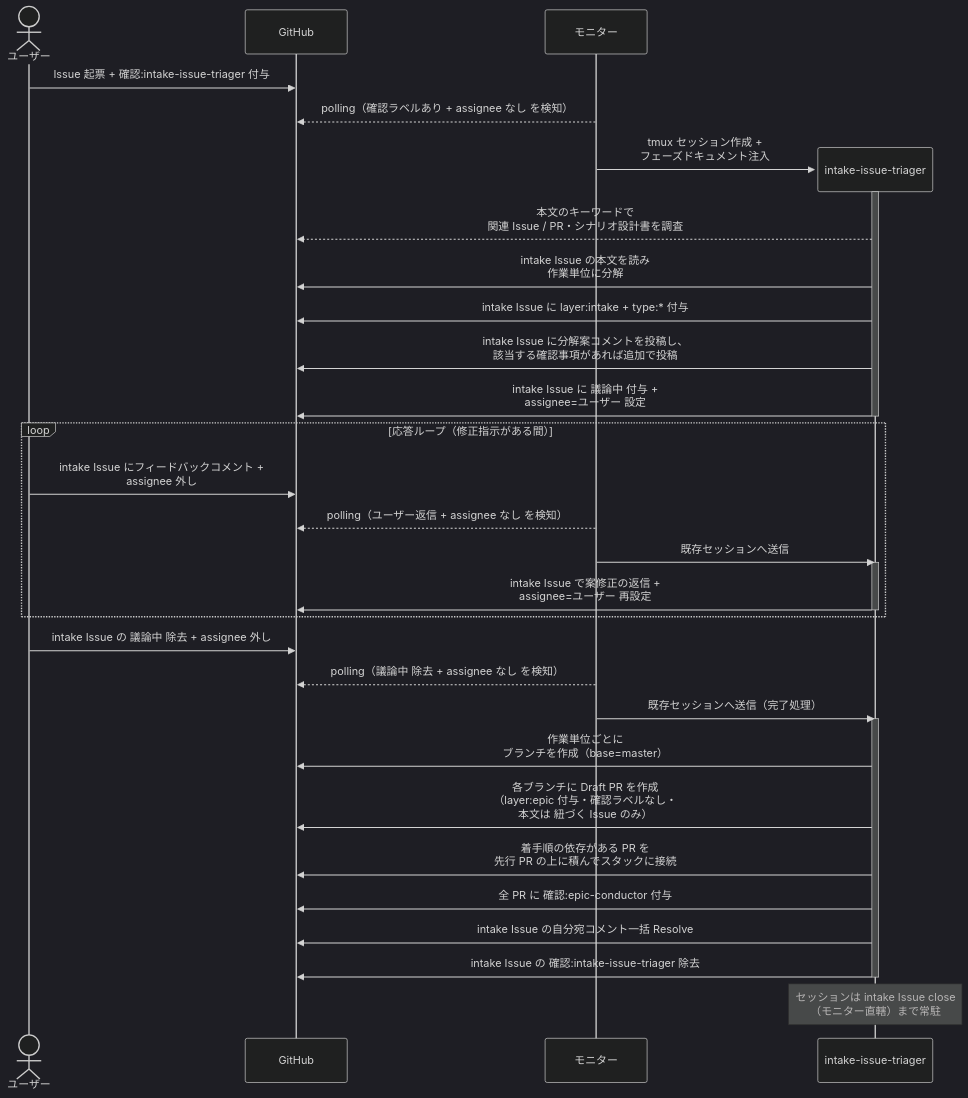
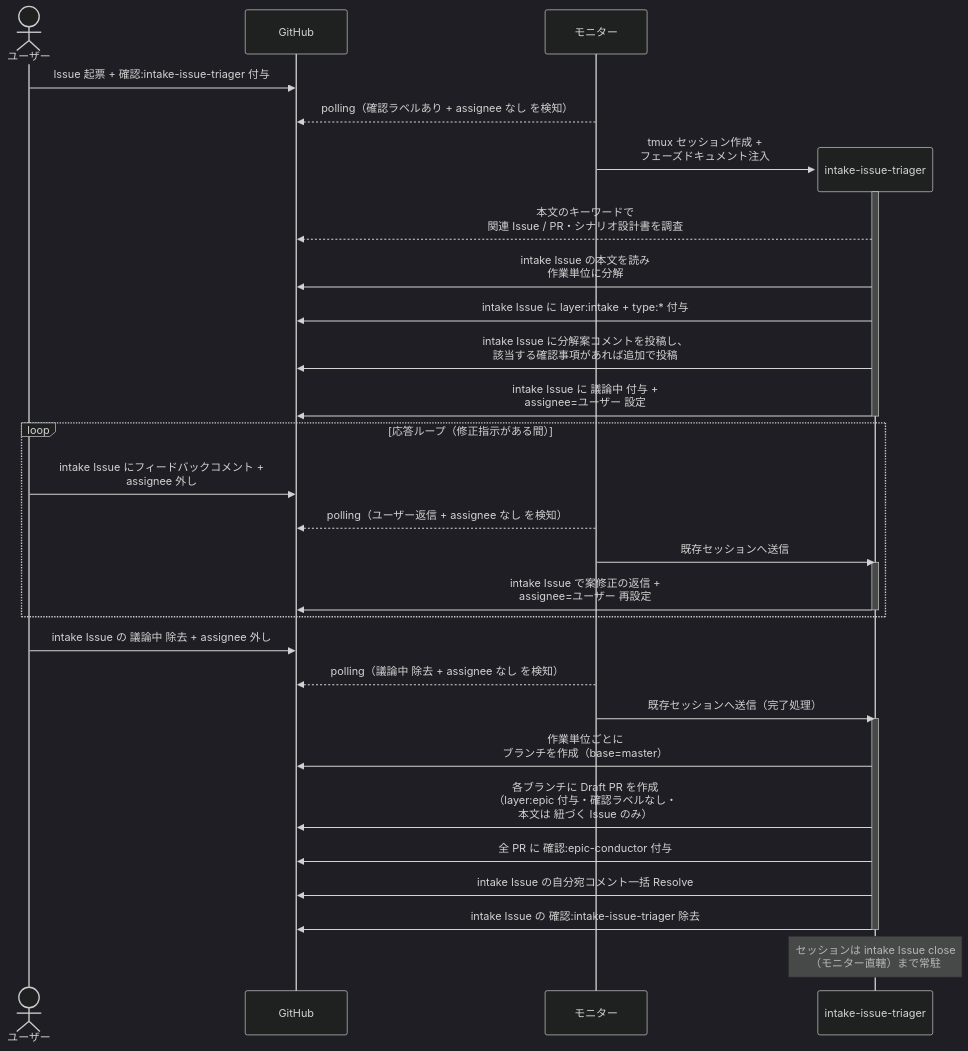
The first of 4 diagrams in docs/wiki/設計図/シナリオ/単一ユースケース/Issue分解と子PR作成.md (shuhei1101/ai-monitor), drawn with Mermaid (dark theme) before and after one commit. The commit also changed other lines of this file and 108 other files, not shown here.

````diff
--- a/docs/wiki/設計図/シナリオ/単一ユースケース/Issue分解と子PR作成.md
+++ b/docs/wiki/設計図/シナリオ/単一ユースケース/Issue分解と子PR作成.md
@@ -26,40 +26,39 @@
 ```mermaid
 sequenceDiagram
   actor U as ユーザー
   participant GH as GitHub
   participant ORC as モニター
 
   U->>GH: Issue 起票 + 確認:intake-issue-triager 付与
   ORC-->>GH: polling（確認ラベルあり + assignee なし を検知）
   create participant MON as intake-issue-triager
   ORC->>MON: tmux セッション作成 +<br>フェーズドキュメント注入
   activate MON
   MON-->>GH: 本文のキーワードで<br>関連 Issue / PR・シナリオ設計書を調査
   MON->>GH: intake Issue の本文を読み<br>作業単位に分解
   MON->>GH: intake Issue に layer:intake + type:* 付与
   MON->>GH: intake Issue に分解案コメントを投稿し、<br>該当する確認事項があれば追加で投稿
   MON->>GH: intake Issue に 議論中 付与 +<br>assignee=ユーザー 設定
   deactivate MON
 
   loop 応答ループ（修正指示がある間）
     U->>GH: intake Issue にフィードバックコメント +<br>assignee 外し
     ORC-->>GH: polling（ユーザー返信 + assignee なし を検知）
     ORC->>MON: 既存セッションへ送信
     activate MON
     MON->>GH: intake Issue で案修正の返信 +<br>assignee=ユーザー 再設定
     deactivate MON
   end
 
   U->>GH: intake Issue の 議論中 除去 + assignee 外し
   ORC-->>GH: polling（議論中 除去 + assignee なし を検知）
   ORC->>MON: 既存セッションへ送信（完了処理）
   activate MON
   MON->>GH: 作業単位ごとに<br>ブランチを作成（base=master）
   MON->>GH: 各ブランチに Draft PR を作成<br>（layer:epic 付与・確認ラベルなし・<br>本文は 紐づく Issue のみ）
-  MON->>GH: 着手順の依存がある PR を<br>先行 PR の上に積んでスタックに接続
   MON->>GH: 全 PR に 確認:epic-conductor 付与
   MON->>GH: intake Issue の自分宛コメント一括 Resolve
   MON->>GH: intake Issue の 確認:intake-issue-triager 除去
   deactivate MON
   Note over MON: セッションは intake Issue close<br>（モニター直轄）まで常駐
 ```
````
